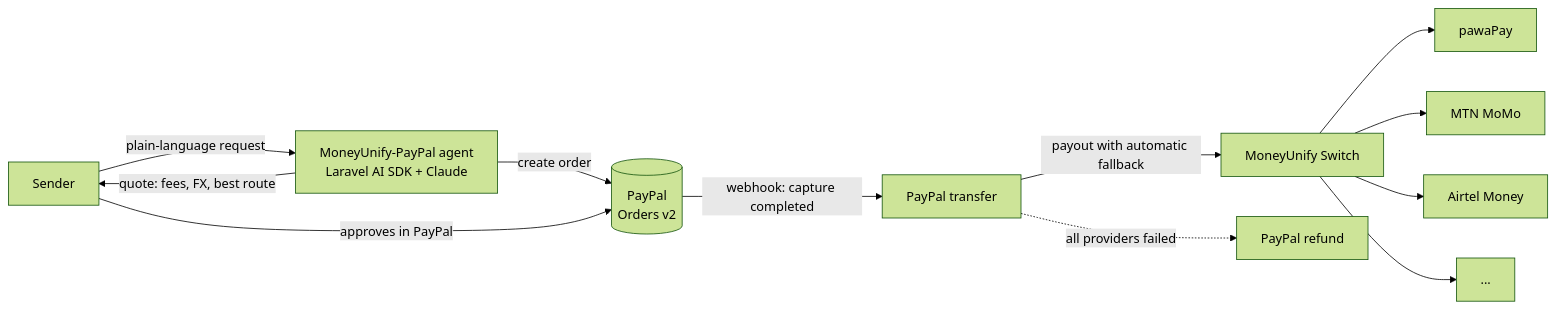
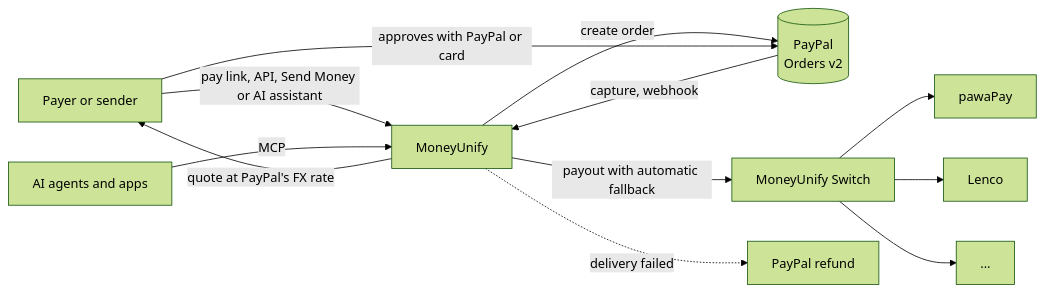
The diagram in README.md (blessedjasonmwanza/mu-switch-paypal), drawn with Mermaid (forest theme) before and after one commit. The commit also changed other lines of this file, not shown here.

````diff
--- a/README.md
+++ b/README.md
@@ -167,11 +147,12 @@
 ```mermaid
 flowchart LR
-    S[Sender] -->|plain-language request| A[MoneyUnify-PayPal agent<br/>Laravel AI SDK + Claude]
-    A -->|quote: fees, FX, best route| S
-    A -->|create order| PP[(PayPal<br/>Orders v2)]
-    S -->|approves in PayPal| PP
-    PP -->|webhook: capture completed| B[PayPal transfer]
-    B -->|payout with automatic fallback| SW[MoneyUnify Switch]
-    SW --> M1[pawaPay] & M2[MTN MoMo] & M3[Airtel Money] & M4[...]
-    B -.->|all providers failed| R[PayPal refund]
+    S[Payer or sender] -->|pay link, API, Send Money or AI assistant| MU[MoneyUnify]
+    MU -->|quote at PayPal's FX rate| S
+    MU -->|create order| PP[(PayPal<br/>Orders v2)]
+    S -->|approves with PayPal or card| PP
+    PP -->|capture, webhook| MU
+    MU -->|payout with automatic fallback| SW[MoneyUnify Switch]
+    SW --> M1[pawaPay] & M2[Lenco] & M3[...]
+    MU -.->|delivery failed| R[PayPal refund]
+    AG[AI agents and apps] -->|MCP| MU
 ```
````
